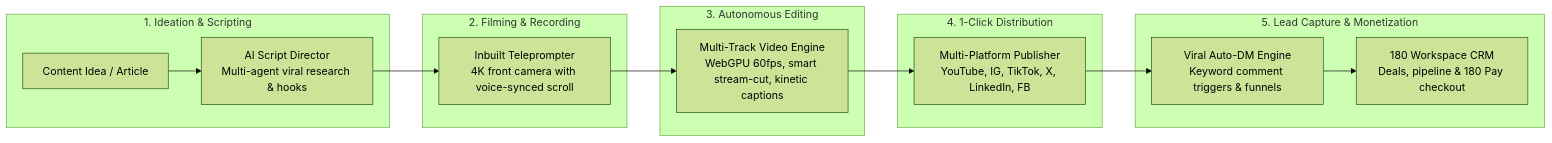
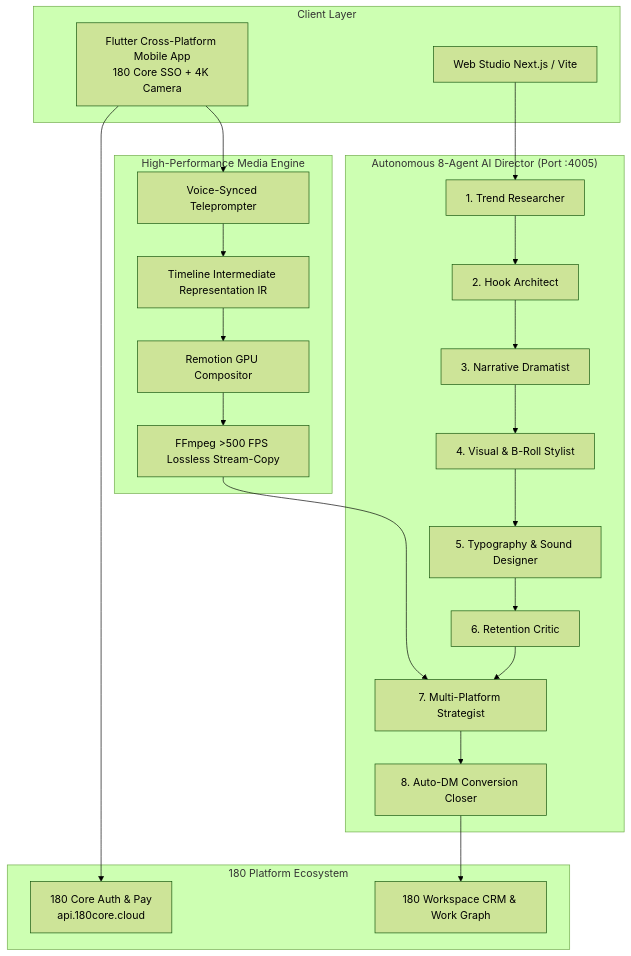
One commit to simplicion/180Public-Sites changed the diagram in apps/docs/docs/products/180-social-studio/01-overview.md. Above: the diagram before and after it, drawn with Mermaid (forest theme). The commit also changed other lines of this file and 41 other files, not shown here.

Commit message:
feat: 180 ecosystem realignment, sovereign 180 Core docs, marketing integration & SDK updates

````diff
--- a/apps/docs/docs/products/180-social-studio/01-overview.md
+++ b/apps/docs/docs/products/180-social-studio/01-overview.md
@@ -17,23 +15,38 @@
 ```mermaid
-graph LR
-    subgraph "1. Ideation & Scripting"
-        Idea[Content Idea / Article] --> AI[AI Script Director<br/>Multi-agent viral research & hooks]
+graph TD
+    subgraph "Client Layer"
+        Web[Web Studio Next.js / Vite]
+        Mobile[Flutter Cross-Platform Mobile App<br/>180 Core SSO + 4K Camera]
     end
 
-    subgraph "2. Filming & Recording"
-        AI --> Tele[Inbuilt Teleprompter<br/>4K front camera with voice-synced scroll]
+    subgraph "Autonomous 8-Agent AI Director (Port :4005)"
+        A1[1. Trend Researcher] --> A2[2. Hook Architect]
+        A2 --> A3[3. Narrative Dramatist]
+        A3 --> A4[4. Visual & B-Roll Stylist]
+        A4 --> A5[5. Typography & Sound Designer]
+        A5 --> A6[6. Retention Critic]
+        A6 --> A7[7. Multi-Platform Strategist]
+        A7 --> A8[8. Auto-DM Conversion Closer]
     end
 
-    subgraph "3. Autonomous Editing"
-        Tele --> Timeline[Multi-Track Video Engine<br/>WebGPU 60fps, smart stream-cut, kinetic captions]
+    subgraph "High-Performance Media Engine"
+        Prompt[Voice-Synced Teleprompter]
+        IR[Timeline Intermediate Representation IR]
+        Remotion[Remotion GPU Compositor]
+        FFmpeg[FFmpeg >500 FPS Lossless Stream-Copy]
     end
 
-    subgraph "4. 1-Click Distribution"
-        Timeline --> Push[Multi-Platform Publisher<br/>YouTube, IG, TikTok, X, LinkedIn, FB]
+    subgraph "180 Platform Ecosystem"
+        Core[180 Core Auth & Pay<br/>api.180core.cloud]
+        CRM[180 Workspace CRM & Work Graph]
     end
 
-    subgraph "5. Lead Capture & Monetization"
-        Push --> AutoDM[Viral Auto-DM Engine<br/>Keyword comment triggers & funnels]
-        AutoDM --> CRM[180 Workspace CRM<br/>Deals, pipeline & 180 Pay checkout]
-    end
+    Web --> A1
+    Mobile --> Core
+    Mobile --> Prompt
+    Prompt --> IR
+    IR --> Remotion
+    Remotion --> FFmpeg
+    FFmpeg --> A7
+    A8 --> CRM
 ```
````
